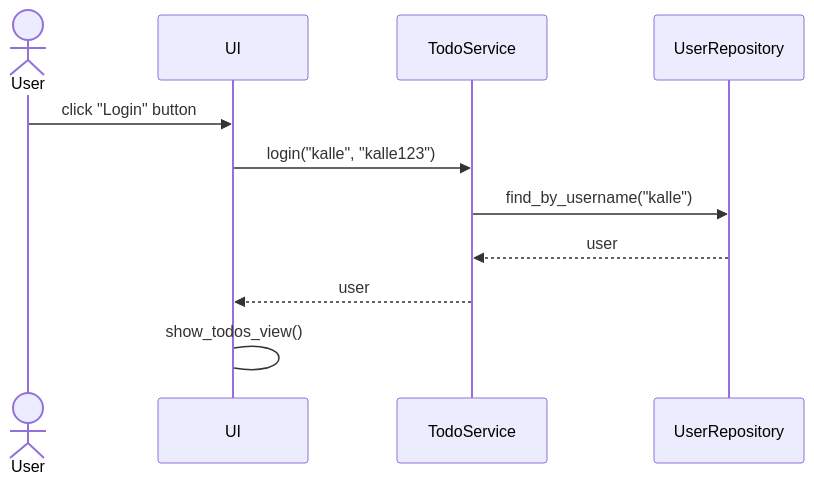
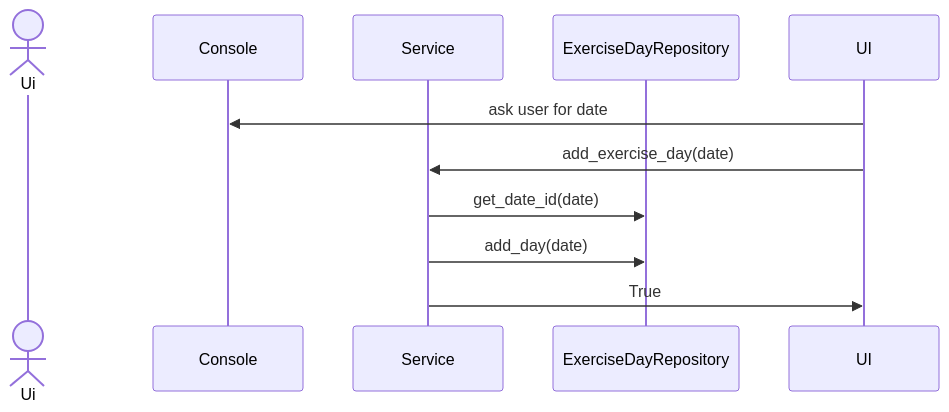
One commit to JoJoensuu/ot-harjoitustyo changed the second of 3 diagrams in python-strenght-training-app/Dokumentaatio/arkkitehtuuri.md. Above: the diagram before and after it, drawn with Mermaid. The commit also changed other lines of this file, not shown here.

````diff
--- a/python-strenght-training-app/Dokumentaatio/arkkitehtuuri.md
+++ b/python-strenght-training-app/Dokumentaatio/arkkitehtuuri.md
@@ -71,13 +58,12 @@
 ```mermaid
 sequenceDiagram
-  actor User
-  participant UI
-  participant TodoService
-  participant UserRepository
-  User->>UI: click "Login" button
-  UI->>TodoService: login("kalle", "kalle123")
-  TodoService->>UserRepository: find_by_username("kalle")
-  UserRepository-->>TodoService: user
-  TodoService-->>UI: user
-  UI->UI: show_todos_view()
+  actor Ui
+  participant Console
+  participant Service
+  participant ExerciseDayRepository
+  UI->>Console: ask user for date
+  UI->>Service: add_exercise_day(date)
+  Service->>ExerciseDayRepository: get_date_id(date)
+  Service->>ExerciseDayRepository: add_day(date)
+  Service->>UI: True
 ```
````
